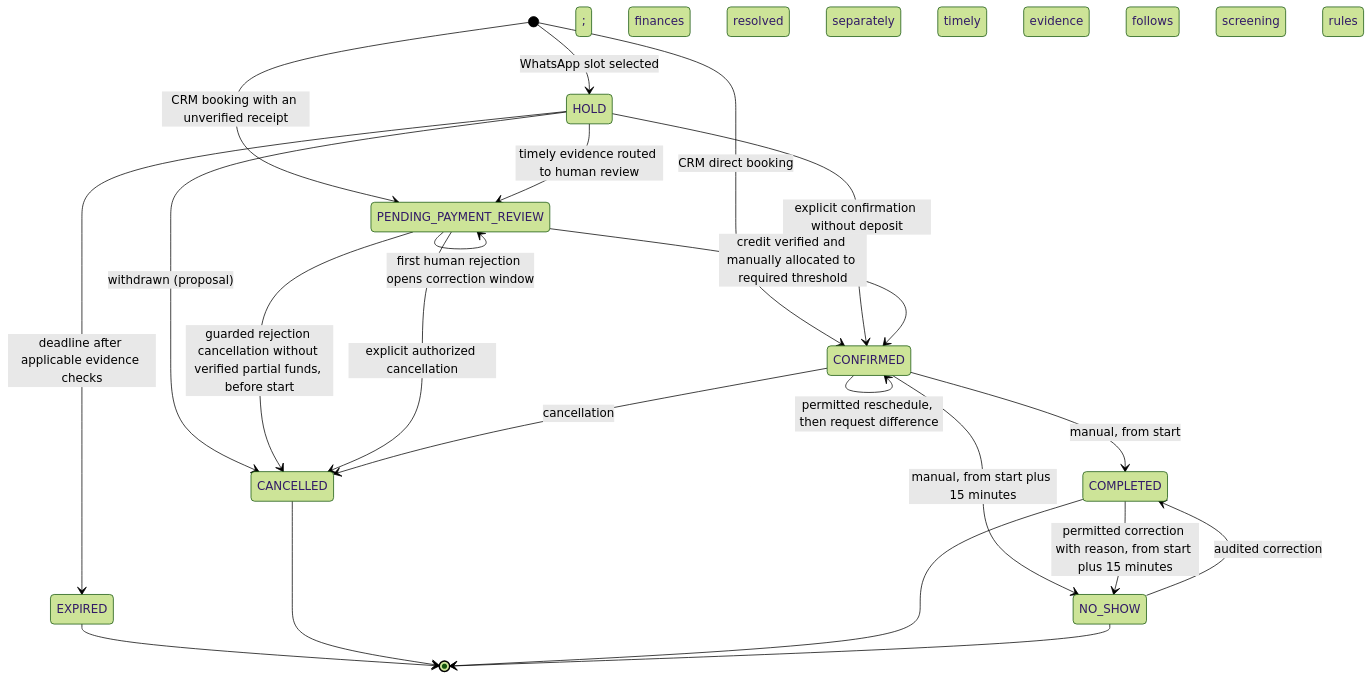
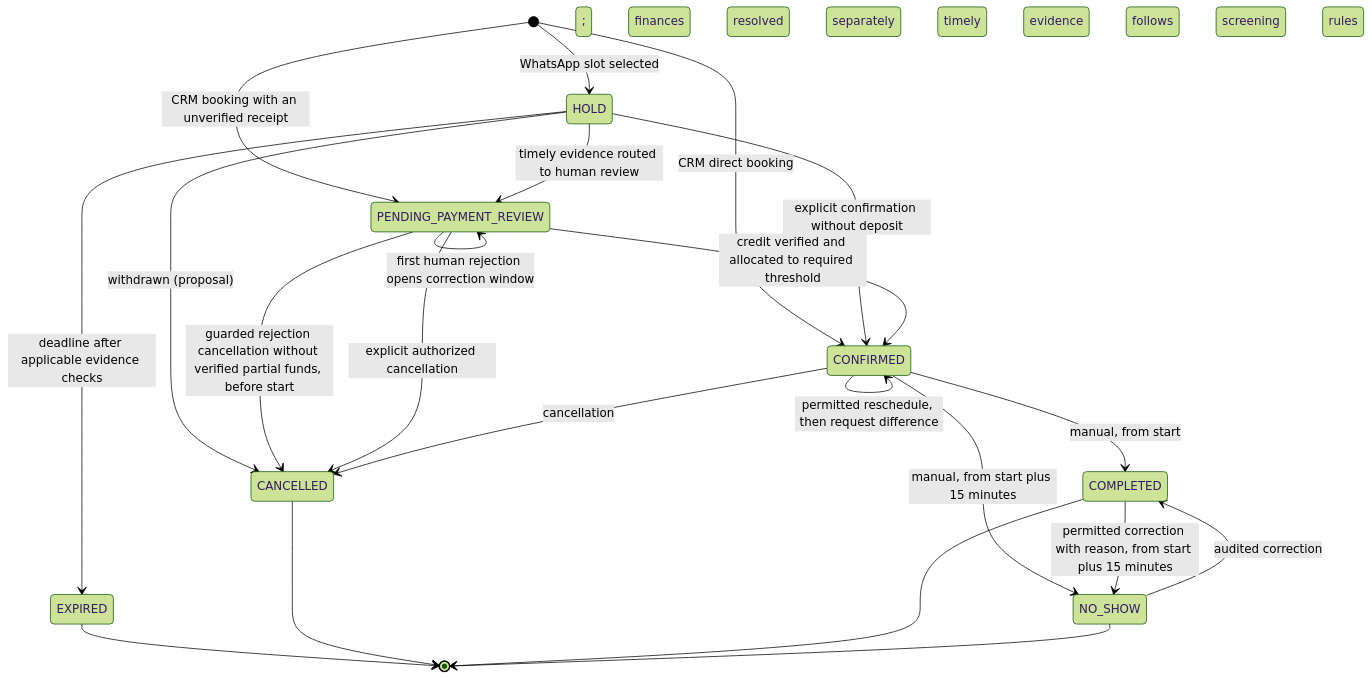
The first of 2 diagrams in docs/product-specs/uc-03/invariants.md (nanonoir/Agendoxa), drawn with Mermaid (forest theme) before and after one commit. The commit also changed other lines of this file and 1 other file, not shown here.

Commit message:
docs(uc-03): record payment allocation, out-of-band transfer, supplement and late-receipt agreements

````diff
--- a/docs/product-specs/uc-03/invariants.md
+++ b/docs/product-specs/uc-03/invariants.md
@@ -44,24 +44,24 @@
 ```mermaid
 stateDiagram-v2
     [*] --> HOLD: WhatsApp slot selected
     [*] --> CONFIRMED: CRM direct booking
     [*] --> PENDING_PAYMENT_REVIEW: CRM booking with an unverified receipt
     HOLD --> CONFIRMED: explicit confirmation without deposit
     HOLD --> PENDING_PAYMENT_REVIEW: timely evidence routed to human review
     HOLD --> EXPIRED: deadline after applicable evidence checks
     HOLD --> CANCELLED: withdrawn (proposal)
-    PENDING_PAYMENT_REVIEW --> CONFIRMED: credit verified and manually allocated to required threshold
+    PENDING_PAYMENT_REVIEW --> CONFIRMED: credit verified and allocated to required threshold
     PENDING_PAYMENT_REVIEW --> CANCELLED: guarded rejection cancellation without verified partial funds, before start
     PENDING_PAYMENT_REVIEW --> CANCELLED: explicit authorized cancellation; finances resolved separately
     PENDING_PAYMENT_REVIEW --> PENDING_PAYMENT_REVIEW: first human rejection opens correction window; timely evidence follows screening rules
     CONFIRMED --> CONFIRMED: permitted reschedule, then request difference
     CONFIRMED --> CANCELLED: cancellation
     CONFIRMED --> COMPLETED: manual, from start
     CONFIRMED --> NO_SHOW: manual, from start plus 15 minutes
     NO_SHOW --> COMPLETED: audited correction
     COMPLETED --> NO_SHOW: permitted correction with reason, from start plus 15 minutes
     EXPIRED --> [*]
     CANCELLED --> [*]
     COMPLETED --> [*]
     NO_SHOW --> [*]
 ```
````
